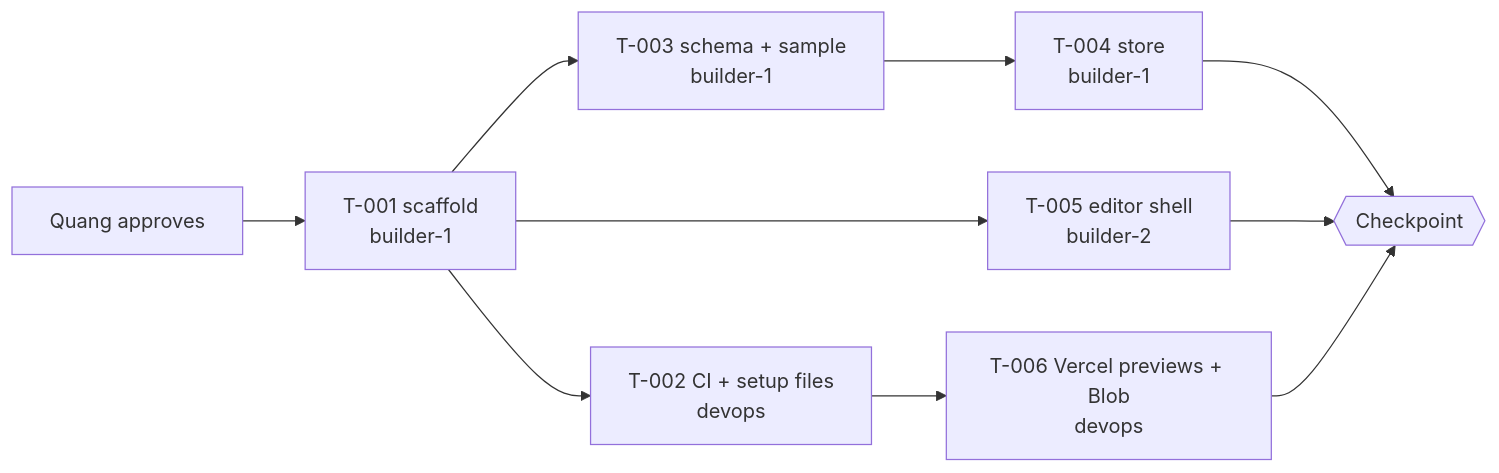
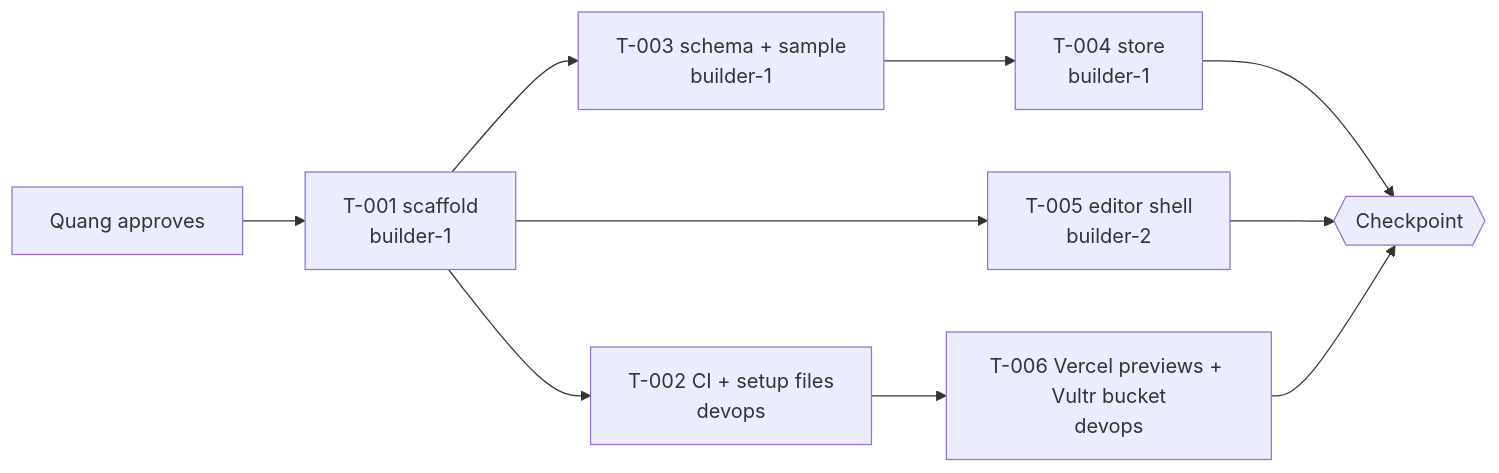
The diagram in plan/sprints/sprint-0.md (PegasusXLab/main), drawn with Mermaid before and after one commit. The commit also changed other lines of this file and 14 other files, not shown here.

Commit message:
senior: storage -> Vultr Object Storage (ADR-008), Vultr graphics ideas T-090..T-092 as drafts T-000

````diff
--- a/plan/sprints/sprint-0.md
+++ b/plan/sprints/sprint-0.md
@@ -18,10 +18,10 @@
 ```mermaid
 flowchart LR
   A[Quang approves] --> T001[T-001 scaffold<br/>builder-1]
   T001 --> T003[T-003 schema + sample<br/>builder-1] --> T004[T-004 store<br/>builder-1]
   T001 --> T005[T-005 editor shell<br/>builder-2]
-  T001 --> T002[T-002 CI + setup files<br/>devops] --> T006[T-006 Vercel previews + Blob<br/>devops]
+  T001 --> T002[T-002 CI + setup files<br/>devops] --> T006[T-006 Vercel previews + Vultr bucket<br/>devops]
   T004 --> CP{{Checkpoint}}
   T005 --> CP
   T006 --> CP
 ```
````
